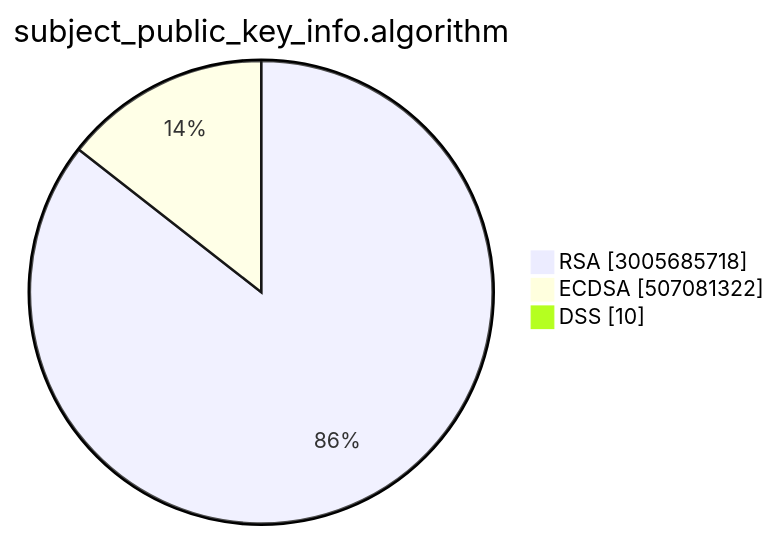
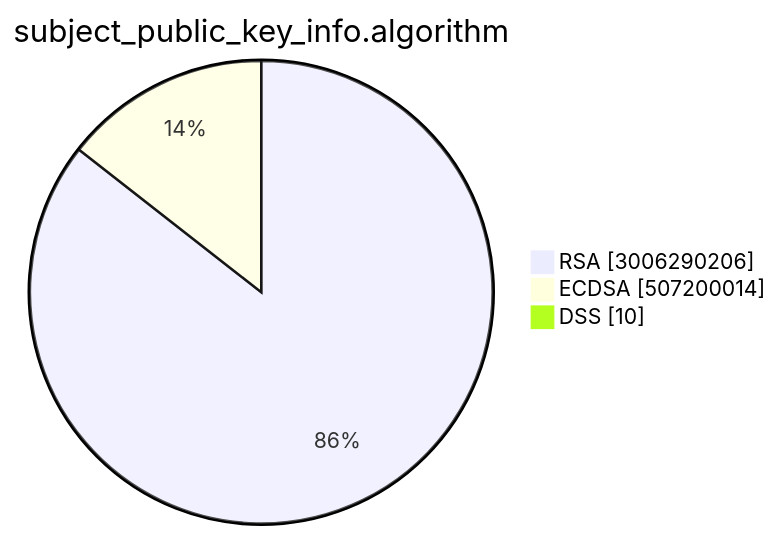
One commit to christiankrug/ctmonitor_visualization changed the second of 15 diagrams in TOTAL/README.md. Above: the diagram before and after it, drawn with Mermaid. The commit also changed other lines of this file, not shown here.

````diff
--- a/TOTAL/README.md
+++ b/TOTAL/README.md
@@ -6,7 +6,7 @@
 ```mermaid
 pie showData
 title subject_public_key_info.algorithm
-"RSA" :3005685718
-"ECDSA" :507081322
+"RSA" :3006290206
+"ECDSA" :507200014
 "DSS" :10
 ```
````
